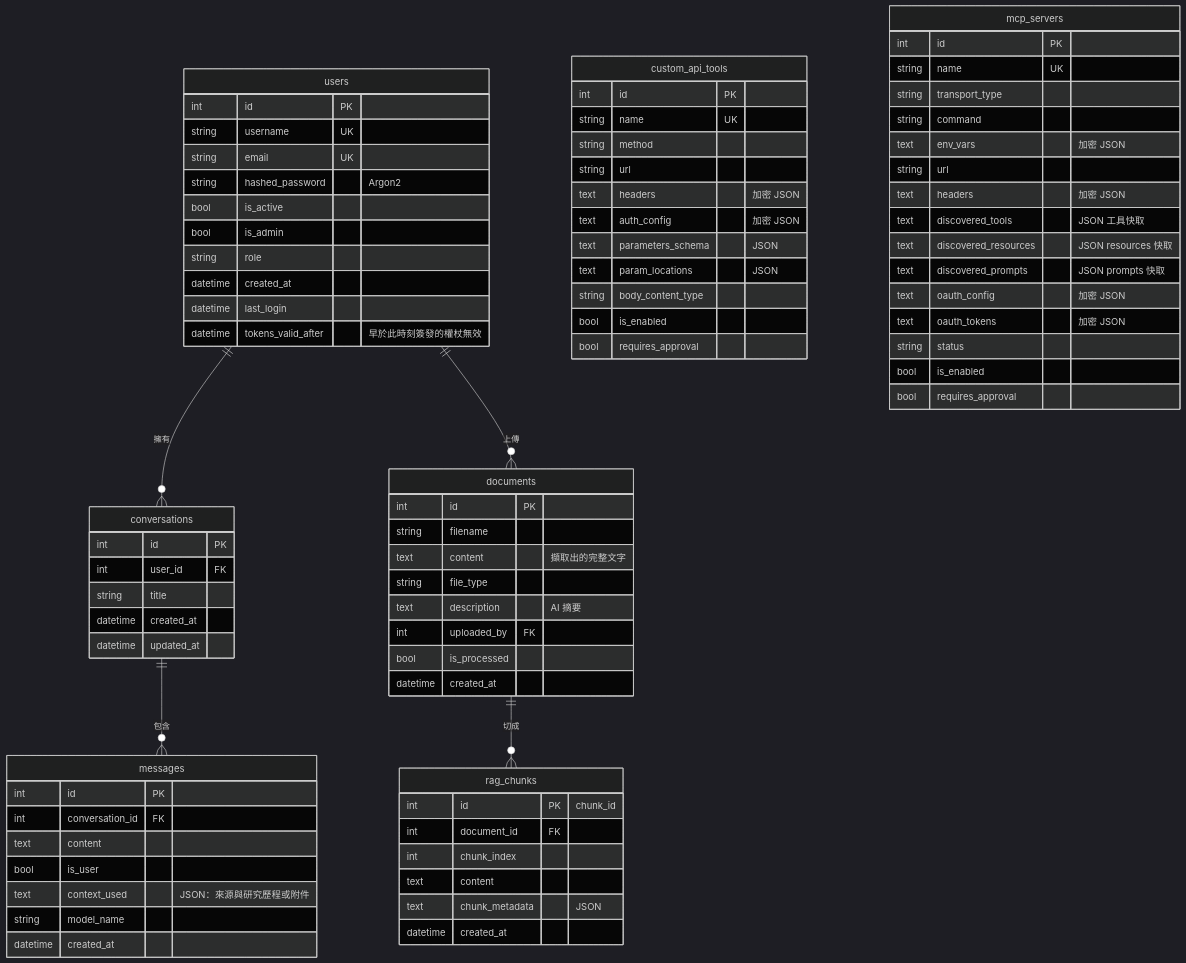
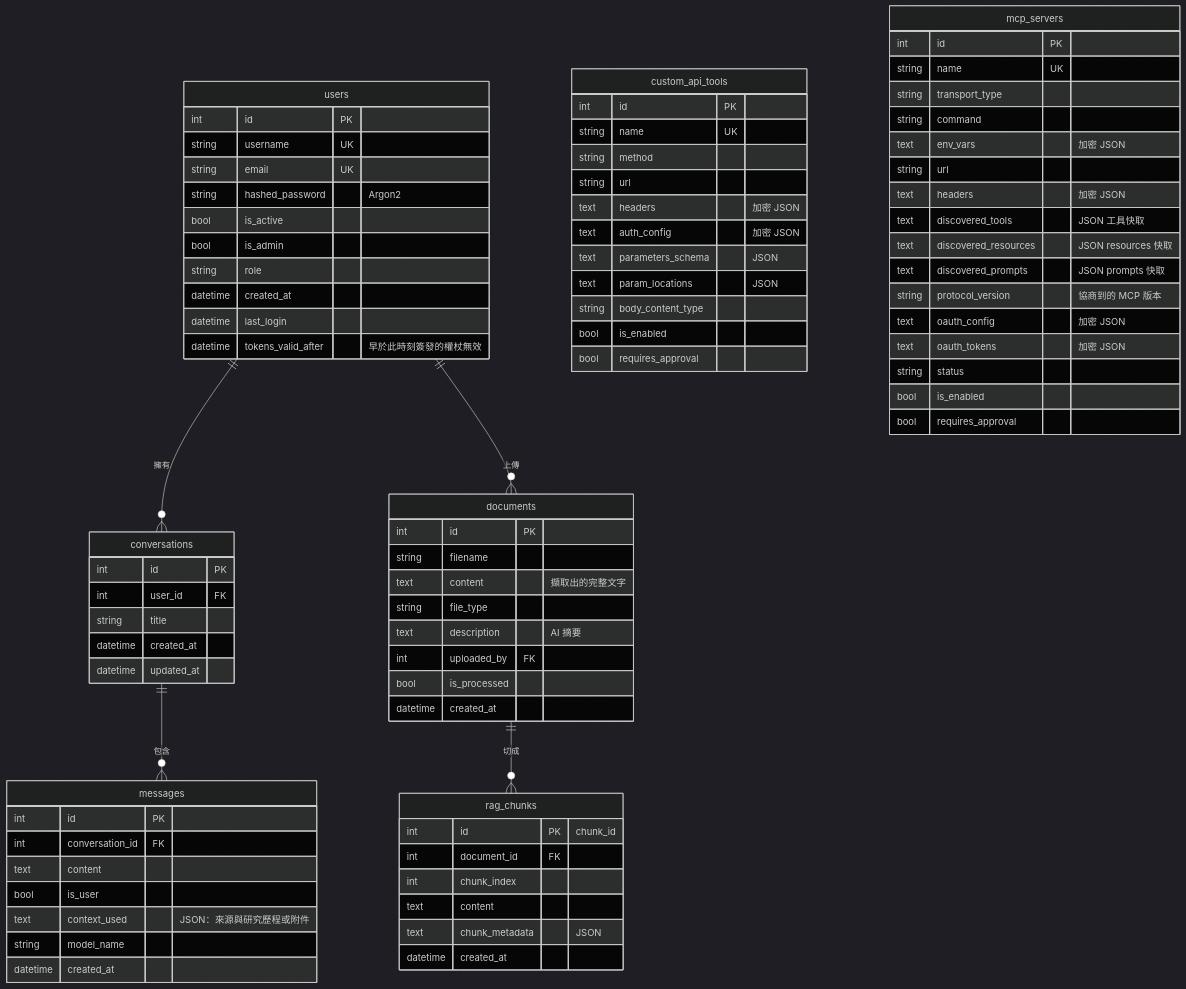
Before and after one commit to Scorpio-meow/AskMiao: the third of 9 diagrams in docs/architecture.md, drawn with Mermaid (dark theme). The commit also changed other lines of this file and 38 other files, not shown here.

```diff
--- a/docs/architecture.md
+++ b/docs/architecture.md
@@ -217,6 +217,7 @@
         text discovered_tools "JSON 工具快取"
         text discovered_resources "JSON resources 快取"
         text discovered_prompts "JSON prompts 快取"
+        string protocol_version "協商到的 MCP 版本"
         text oauth_config "加密 JSON"
         text oauth_tokens "加密 JSON"
         string status
```
